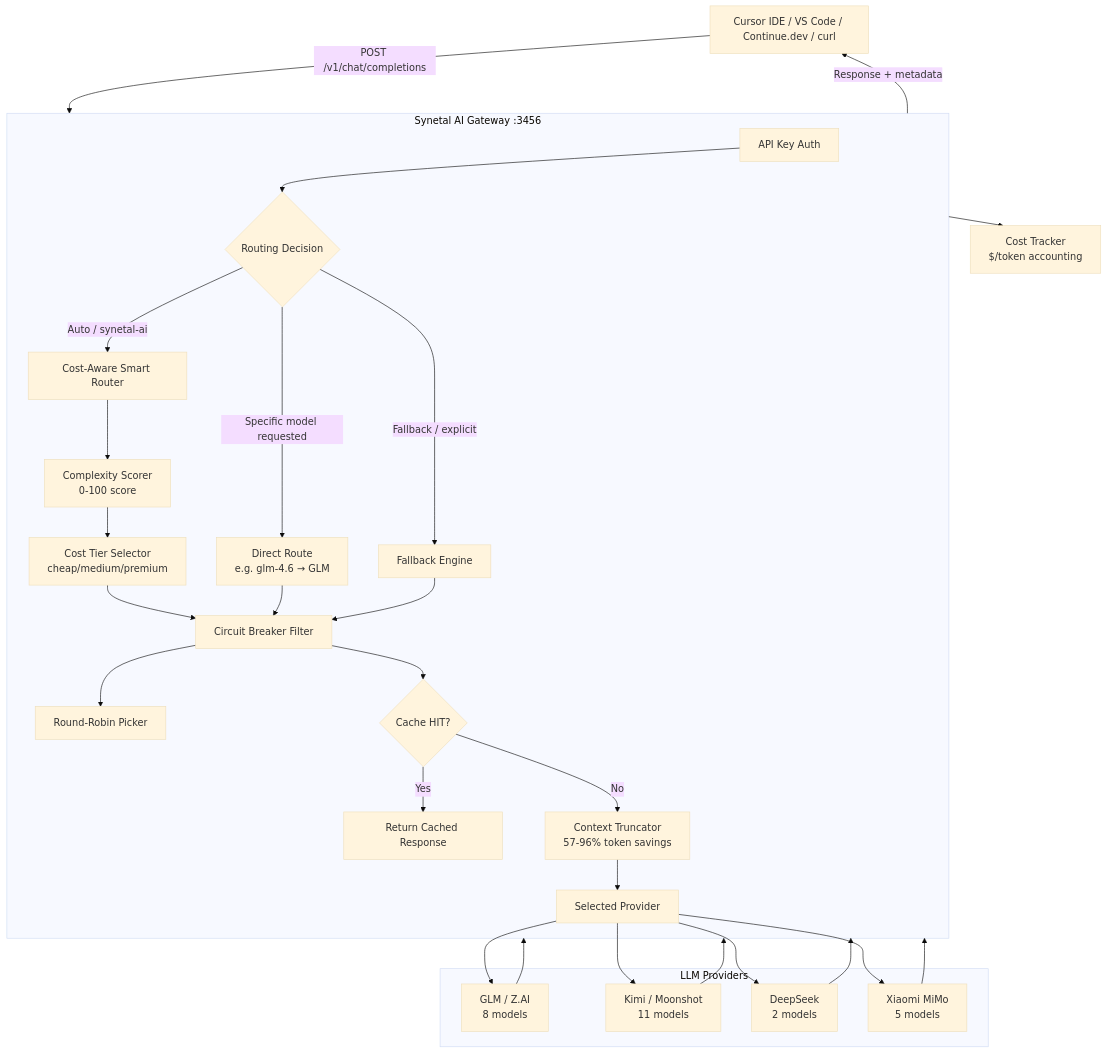
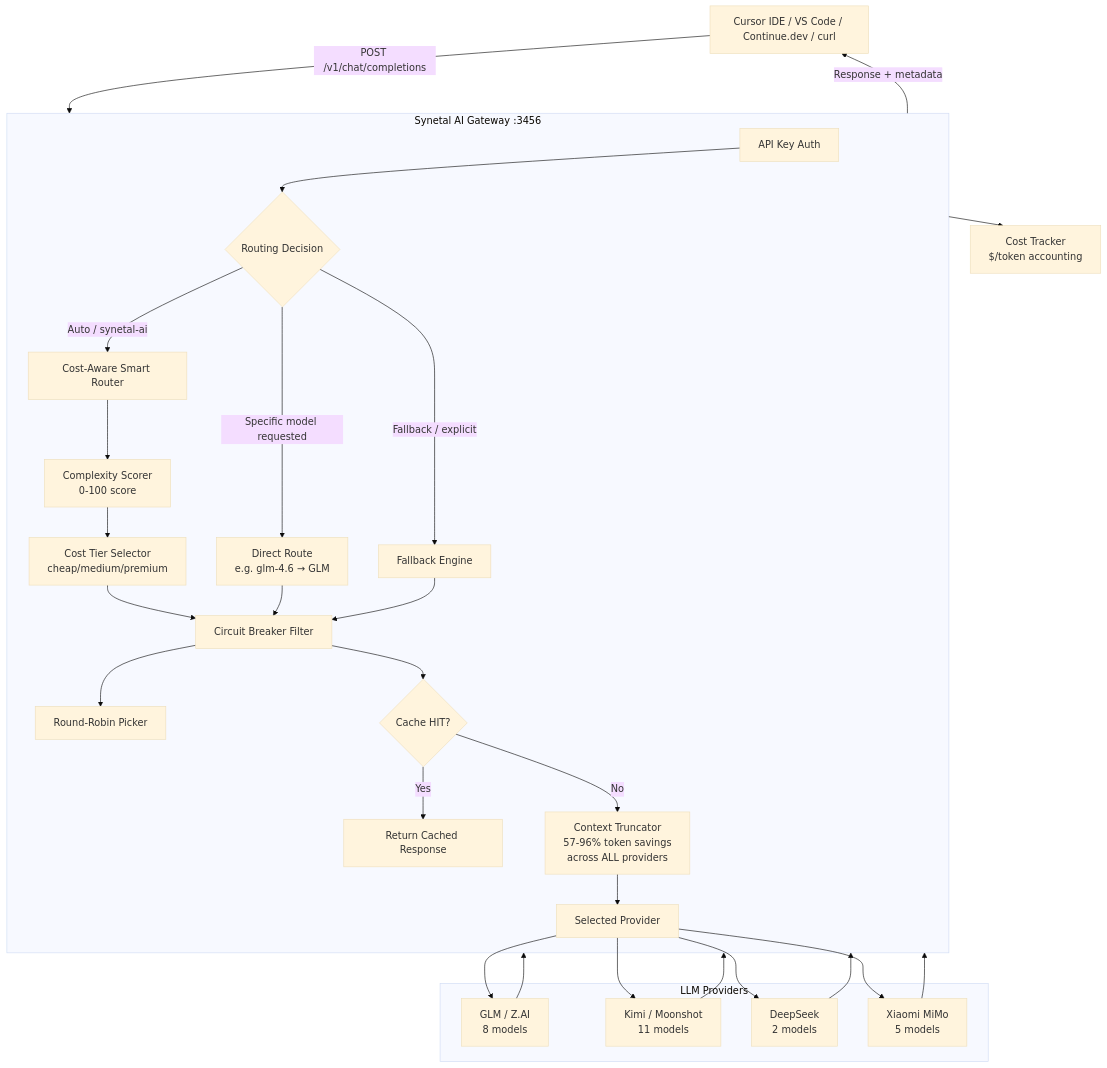
Before and after one commit to synetalsolutions/synetal-ai-gateway: the diagram in README.md, drawn with Mermaid (base theme). The commit also changed other lines of this file, not shown here.

First line of the commit message:
docs: highlight context truncator as third cost-reduction pillar

````diff
--- a/README.md
+++ b/README.md
@@ -182,43 +282,43 @@
 ```mermaid
 graph TB
     Client[Cursor IDE / VS Code / Continue.dev / curl]
     Client -->|POST /v1/chat/completions| Gateway
 
     subgraph Gateway [Synetal AI Gateway :3456]
         Auth[API Key Auth]
         Auth --> Router{Routing Decision}
 
         Router -->|Specific model requested| DirectRoute[Direct Route<br/>e.g. glm-4.6 → GLM]
         Router -->|Auto / synetal-ai| Smart[Cost-Aware Smart Router]
         Router -->|Fallback / explicit| Classic[Fallback Engine]
 
         Smart --> Scorer[Complexity Scorer<br/>0-100 score]
         Scorer --> Tier[Cost Tier Selector<br/>cheap/medium/premium]
         Tier --> CB[Circuit Breaker Filter]
         CB --> RR[Round-Robin Picker]
 
         DirectRoute --> CB
         Classic --> CB
 
         CB --> Cache{Cache HIT?}
         Cache -->|Yes| ReturnCached[Return Cached Response]
-        Cache -->|No| Trunc[Context Truncator<br/>57-96% token savings]
+        Cache -->|No| Trunc[Context Truncator<br/>57-96% token savings<br/>across ALL providers]
         Trunc --> Provider
     end
 
     subgraph Providers [LLM Providers]
         Provider[Selected Provider]
         Provider --> GLM[GLM / Z.AI<br/>8 models]
         Provider --> Kimi[Kimi / Moonshot<br/>11 models]
         Provider --> DS[DeepSeek<br/>2 models]
         Provider --> MiMo[Xiaomi MiMo<br/>5 models]
     end
 
     GLM --> Gateway
     Kimi --> Gateway
     DS --> Gateway
     MiMo --> Gateway
 
     Gateway -->|Response + metadata| Client
     Gateway --> CostTracker[Cost Tracker<br/>$/token accounting]
 ```
````
